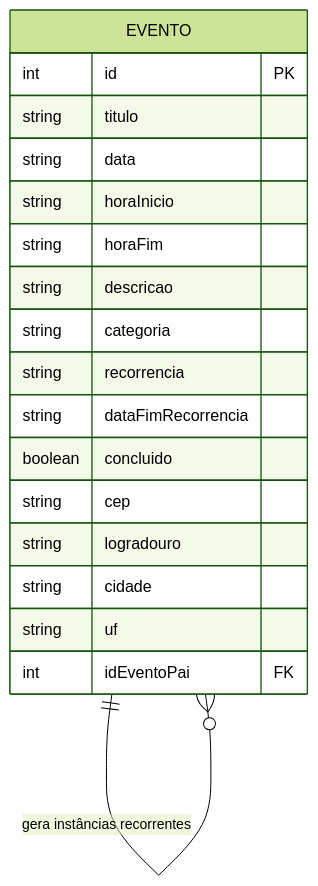
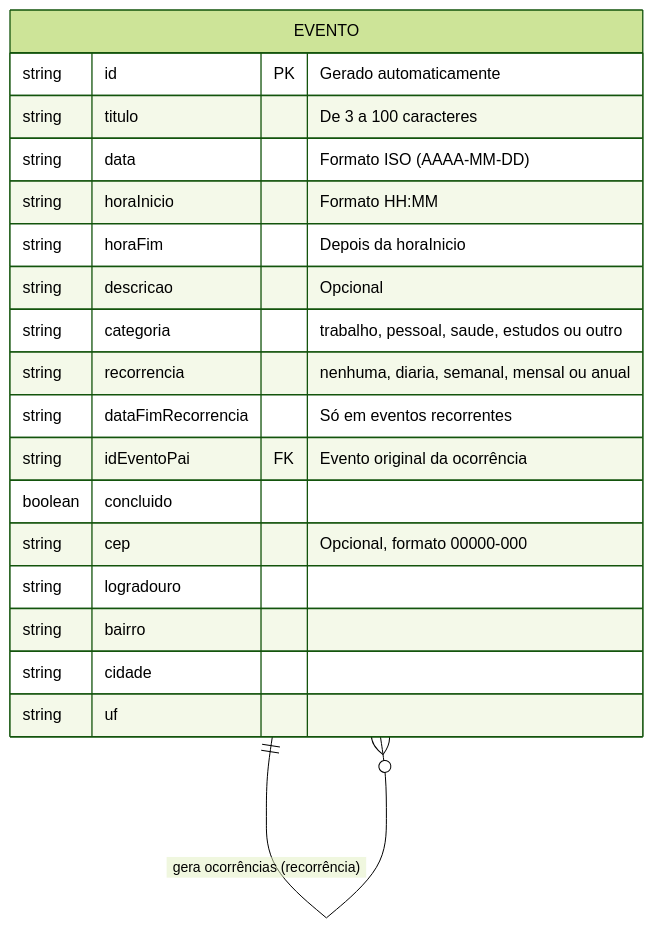
Before and after one commit to Vinicius-L-Franca/my-calendar: the diagram in docs/architecture.md, drawn with Mermaid (forest theme). The commit also changed other lines of this file and 9 other files, not shown here.

````diff
--- a/docs/architecture.md
+++ b/docs/architecture.md
@@ -161,22 +9,22 @@
 ```mermaid
 erDiagram
-    EVENTO {
-        int id PK
-        string titulo
-        string data
-        string horaInicio
-        string horaFim
-        string descricao
-        string categoria
-        string recorrencia
-        string dataFimRecorrencia
-        boolean concluido
-        string cep
-        string logradouro
-        string cidade
-        string uf
-        int idEventoPai FK
-    }
-
-    EVENTO ||--o{ EVENTO : "gera instâncias recorrentes"
+EVENTO ||--o{ EVENTO : "gera ocorrências (recorrência)"
+EVENTO {
+string id PK "Gerado automaticamente"
+string titulo "De 3 a 100 caracteres"
+string data "Formato ISO (AAAA-MM-DD)"
+string horaInicio "Formato HH:MM"
+string horaFim "Depois da horaInicio"
+string descricao "Opcional"
+string categoria "trabalho, pessoal, saude, estudos ou outro"
+string recorrencia "nenhuma, diaria, semanal, mensal ou anual"
+string dataFimRecorrencia "Só em eventos recorrentes"
+string idEventoPai FK "Evento original da ocorrência"
+boolean concluido
+string cep "Opcional, formato 00000-000"
+string logradouro
+string bairro
+string cidade
+string uf
+}
 ```
````
